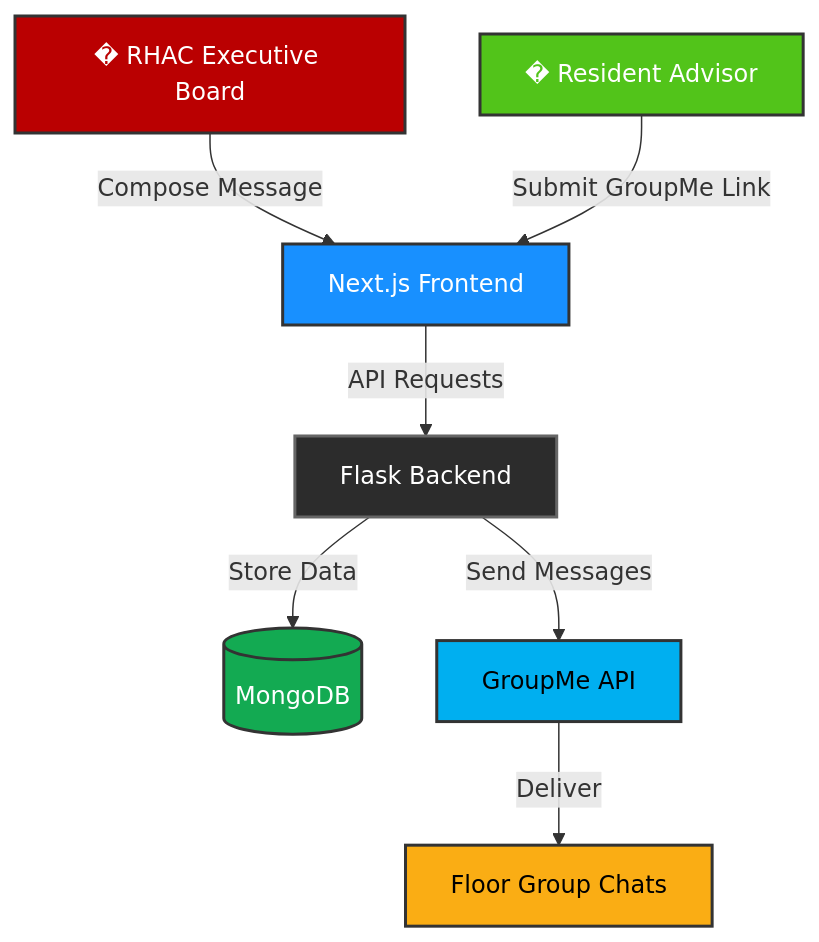
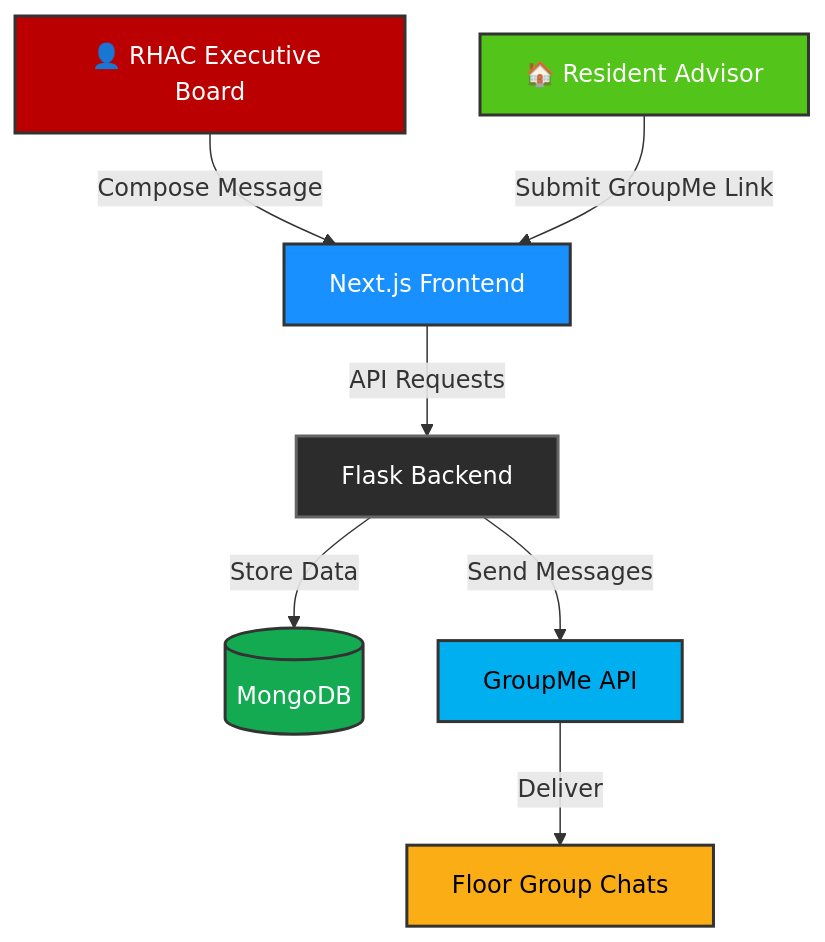
The diagram in README.md (WesleyKamau/RHACbot), drawn with Mermaid before and after one commit.

Commit message:
fix: update icons in the communication flow diagram for clarity

````diff
--- a/README.md
+++ b/README.md
@@ -120,17 +120,17 @@
 ```mermaid
 graph TD
-    A[� RHAC Executive Board] -->|Compose Message| B[Next.js Frontend]
-    C[� Resident Advisor] -->|Submit GroupMe Link| B
+    A[👤 RHAC Executive Board] -->|Compose Message| B[Next.js Frontend]
+    C[🏠 Resident Advisor] -->|Submit GroupMe Link| B
     B -->|API Requests| D[Flask Backend]
     D -->|Store Data| E[(MongoDB)]
     D -->|Send Messages| F[GroupMe API]
     F -->|Deliver| G[Floor Group Chats]
     
     style A fill:#ba0001,stroke:#333,stroke-width:2px,color:#fff
     style B fill:#1890ff,stroke:#333,stroke-width:2px,color:#fff
     style C fill:#52c41a,stroke:#333,stroke-width:2px,color:#fff
     style D fill:#2c2c2c,stroke:#666,stroke-width:2px,color:#fff
     style E fill:#13aa52,stroke:#333,stroke-width:2px,color:#fff
     style F fill:#00aff0,stroke:#333,stroke-width:2px,color:#000
     style G fill:#faad14,stroke:#333,stroke-width:2px,color:#000
 ```
````
